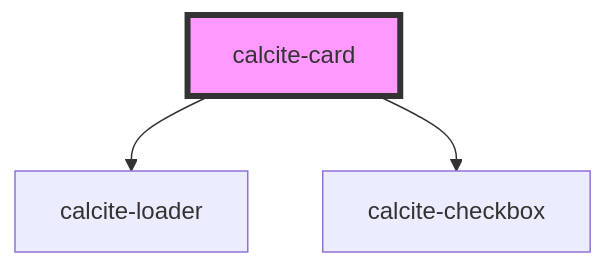
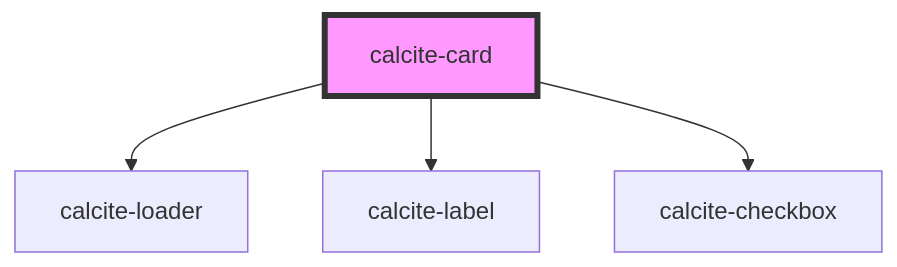
The diagram in src/components/calcite-card/readme.md (vikivakarvc/calcite-design-system), drawn with Mermaid before and after one commit. The commit also changed other lines of this file and 4 other files, not shown here.

````diff
--- a/src/components/calcite-card/readme.md
+++ b/src/components/calcite-card/readme.md
@@ -57,6 +58,7 @@
 ```mermaid
 graph TD;
   calcite-card --> calcite-loader
+  calcite-card --> calcite-label
   calcite-card --> calcite-checkbox
   style calcite-card fill:#f9f,stroke:#333,stroke-width:4px
 ```
````
